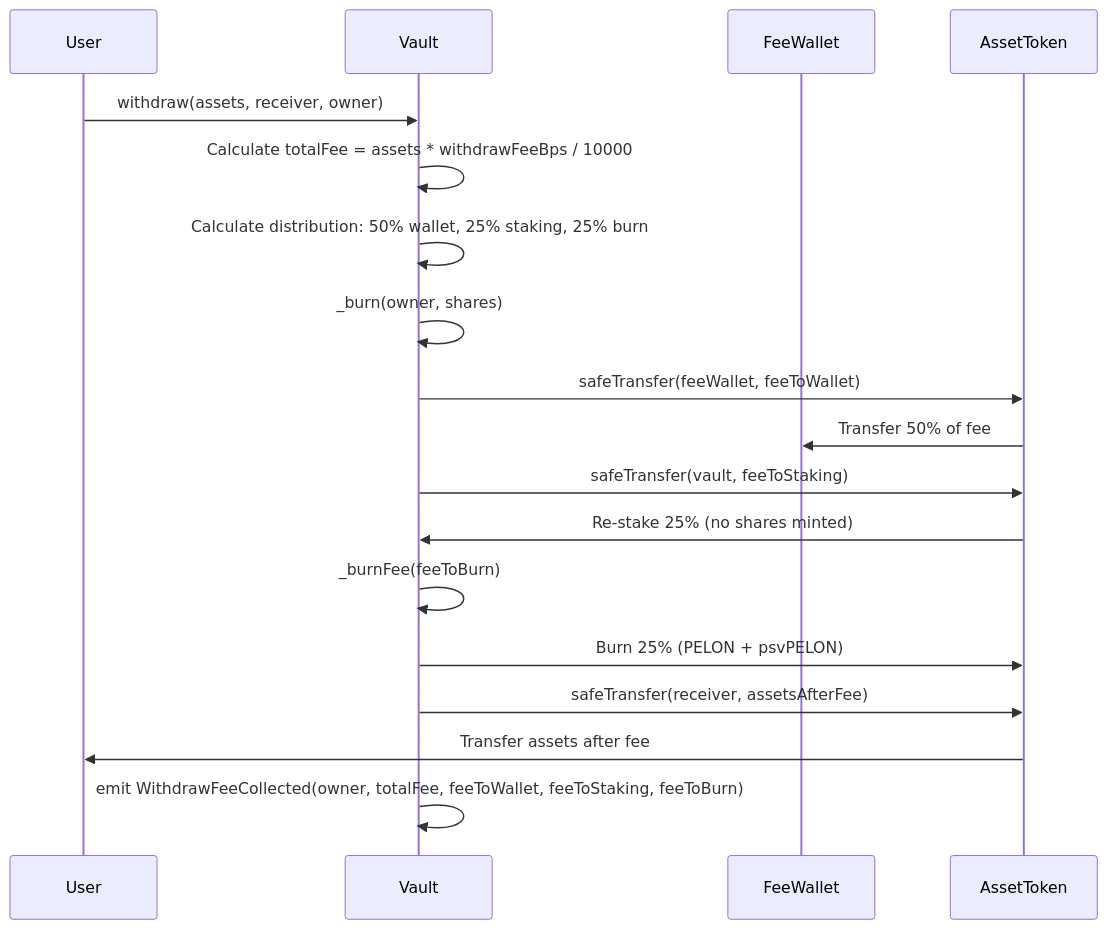
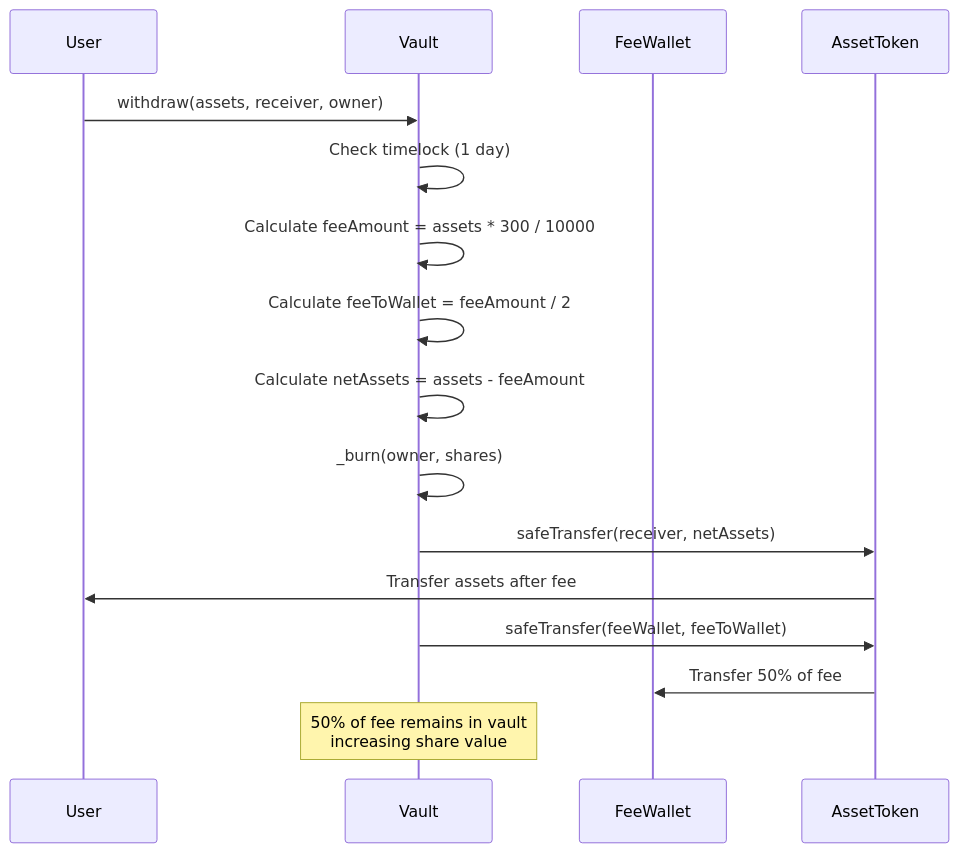
Before and after one commit to PelonClub/PelonClub-BaseNetwork-Monorepo: the fourth of 5 diagrams in docs/en/pelon-staking-vault.md, drawn with Mermaid. The commit also changed other lines of this file and 9 other files, not shown here.

````diff
--- a/docs/en/pelon-staking-vault.md
+++ b/docs/en/pelon-staking-vault.md
@@ -348,21 +233,19 @@
 ```mermaid
 sequenceDiagram
     participant User
     participant Vault
     participant FeeWallet
     participant AssetToken
     
     User->>Vault: withdraw(assets, receiver, owner)
-    Vault->>Vault: Calculate totalFee = assets * withdrawFeeBps / 10000
-    Vault->>Vault: Calculate distribution: 50% wallet, 25% staking, 25% burn
+    Vault->>Vault: Check timelock (1 day)
+    Vault->>Vault: Calculate feeAmount = assets * 300 / 10000
+    Vault->>Vault: Calculate feeToWallet = feeAmount / 2
+    Vault->>Vault: Calculate netAssets = assets - feeAmount
     Vault->>Vault: _burn(owner, shares)
+    Vault->>AssetToken: safeTransfer(receiver, netAssets)
+    AssetToken->>User: Transfer assets after fee
     Vault->>AssetToken: safeTransfer(feeWallet, feeToWallet)
     AssetToken->>FeeWallet: Transfer 50% of fee
-    Vault->>AssetToken: safeTransfer(vault, feeToStaking)
-    AssetToken->>Vault: Re-stake 25% (no shares minted)
-    Vault->>Vault: _burnFee(feeToBurn)
-    Vault->>AssetToken: Burn 25% (PELON + psvPELON)
-    Vault->>AssetToken: safeTransfer(receiver, assetsAfterFee)
-    AssetToken->>User: Transfer assets after fee
-    Vault->>Vault: emit WithdrawFeeCollected(owner, totalFee, feeToWallet, feeToStaking, feeToBurn)
+    Note over Vault: 50% of fee remains in vault<br/>increasing share value
 ```
````
